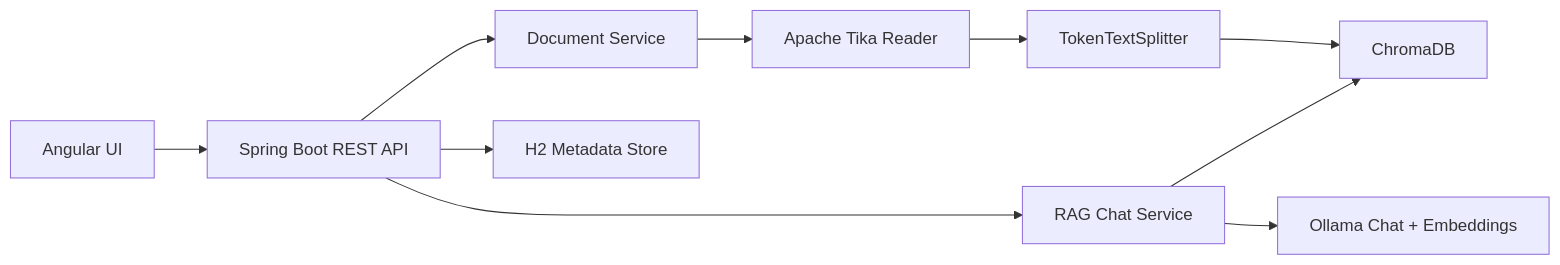
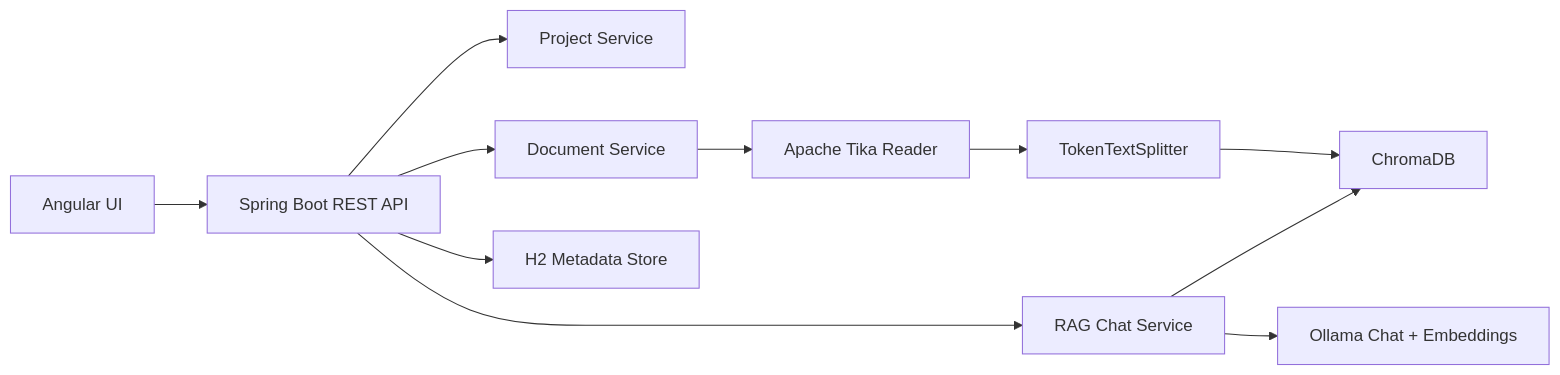
Before and after one commit to Aeontanvir/document-rag-using-spring-ai-and-angular: the first of 3 diagrams in README.md, drawn with Mermaid. The commit also changed other lines of this file and 23 other files, not shown here.

````diff
--- a/README.md
+++ b/README.md
@@ -20,12 +21,13 @@
 ```mermaid
 flowchart LR
     A["Angular UI"] --> B["Spring Boot REST API"]
+    B --> P["Project Service"]
     B --> C["Document Service"]
     C --> D["Apache Tika Reader"]
     D --> E["TokenTextSplitter"]
     E --> F["ChromaDB"]
     B --> G["RAG Chat Service"]
     G --> F
     G --> H["Ollama Chat + Embeddings"]
     B --> I["H2 Metadata Store"]
 ```
````
